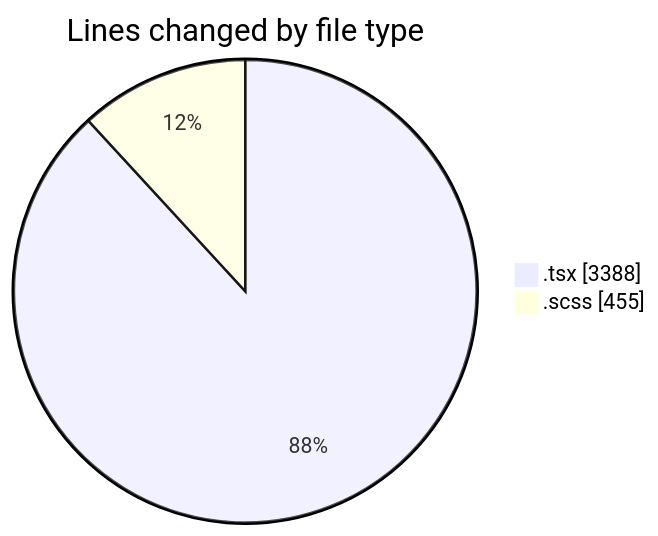
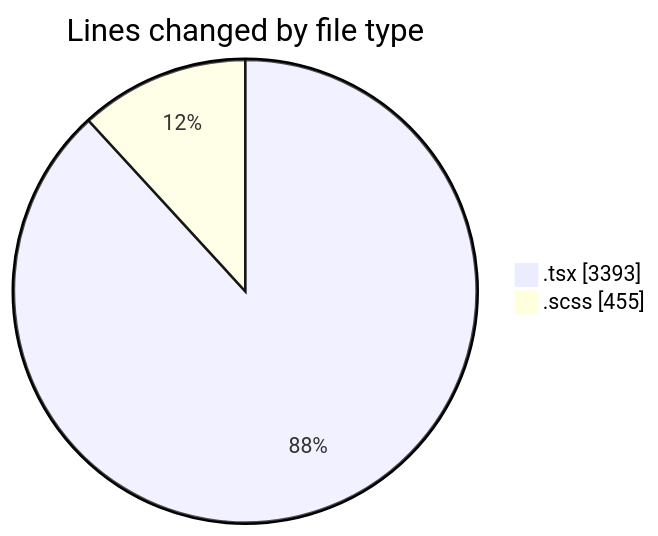
Before and after one commit to momahboobian/code-tracking: the first of 2 diagrams in 2025-09-30/cda/README.md, drawn with Mermaid. The commit also changed other lines of this file and 1 other file, not shown here.

````diff
--- a/2025-09-30/cda/README.md
+++ b/2025-09-30/cda/README.md
@@ -25,6 +25,6 @@
 ```mermaid
 pie showData
 title Lines changed by file type
-".tsx" : 3388
+".tsx" : 3393
 ".scss" : 455
 ```
````
